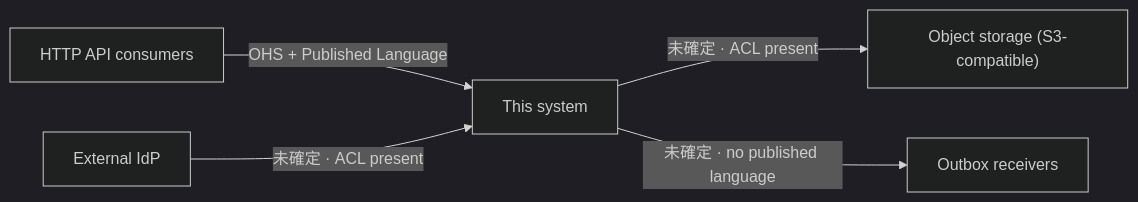
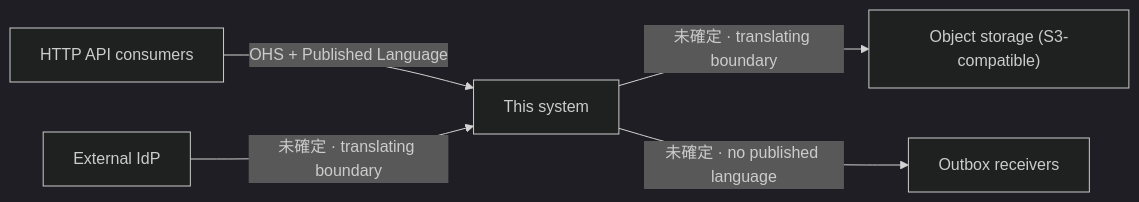
Before and after one commit to Tomy-ch/go-boilerplate: the diagram in docs/design/context-map.md, drawn with Mermaid (dark theme). The commit also changed other lines of this file and 1 other file, not shown here.

````diff
--- a/docs/design/context-map.md
+++ b/docs/design/context-map.md
@@ -69,7 +77,7 @@
 ```mermaid
 flowchart LR
     Consumers["HTTP API consumers"] -->|OHS + Published Language| SUT["This system"]
-    IdP["External IdP"] -->|未確定 · ACL present| SUT
-    SUT -->|未確定 · ACL present| Storage["Object storage (S3-compatible)"]
+    IdP["External IdP"] -->|未確定 · translating boundary| SUT
+    SUT -->|未確定 · translating boundary| Storage["Object storage (S3-compatible)"]
     SUT -->|未確定 · no published language| Receivers["Outbox receivers"]
 ```
````
